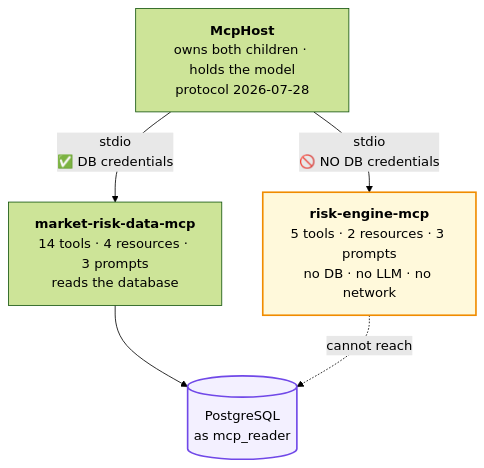
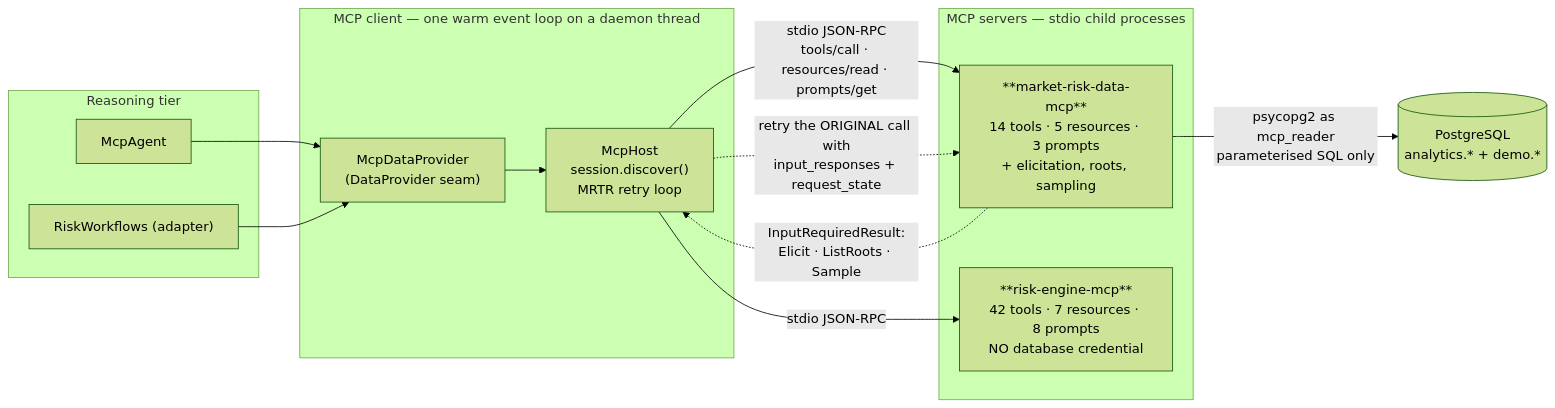
Diagram 19 of 29 in README.md (KrishnaAnnavaram/semantic-mcp-data-access-gateway), drawn with Mermaid (forest theme) before and after one commit. The commit also changed other lines of this file and 4 other files, not shown here.

````diff
--- a/README.md
+++ b/README.md
@@ -478,17 +2527,25 @@
 ```mermaid
-flowchart TB
-    H["<b>McpHost</b><br/>owns both children · holds the model<br/>protocol 2026-07-28"]
-    D["<b>market-risk-data-mcp</b><br/>14 tools · 4 resources · 3 prompts<br/>reads the database"]
-    R["<b>risk-engine-mcp</b><br/>5 tools · 2 resources · 3 prompts<br/>no DB · no LLM · no network"]
-    PG[("PostgreSQL<br/>as mcp_reader")]
+flowchart LR
+    subgraph AGENT["Reasoning tier"]
+        MA["McpAgent"]
+        RW["RiskWorkflows (adapter)"]
+    end
+    subgraph CLIENT["MCP client — one warm event loop on a daemon thread"]
+        DP["McpDataProvider<br/>(DataProvider seam)"]
+        HOST["McpHost<br/>session.discover()<br/>MRTR retry loop"]
+    end
+    subgraph SERVERS["MCP servers — stdio child processes"]
+        DS["**market-risk-data-mcp**<br/>14 tools · 5 resources · 3 prompts<br/>+ elicitation, roots, sampling"]
+        RS["**risk-engine-mcp**<br/>42 tools · 7 resources · 8 prompts<br/>NO database credential"]
+    end
+    PG[("PostgreSQL<br/>analytics.* + demo.*")]
 
-    H -->|"stdio<br/>✅ DB credentials"| D
-    H -->|"stdio<br/>🚫 NO DB credentials"| R
-    D --> PG
-    R -.->|"cannot reach"| PG
-
-    classDef isolated fill:#fff9db,stroke:#f08c00,stroke-width:2px,color:#000
-    classDef store fill:#f3f0ff,stroke:#7048e8,stroke-width:2px,color:#000
-    class R isolated
-    class PG store
+    MA --> DP
+    RW --> DP
+    DP --> HOST
+    HOST -->|"stdio JSON-RPC<br/>tools/call · resources/read · prompts/get"| DS
+    HOST -->|"stdio JSON-RPC"| RS
+    DS -->|"psycopg2 as mcp_reader<br/>parameterised SQL only"| PG
+    DS -.->|"InputRequiredResult:<br/>Elicit · ListRoots · Sample"| HOST
+    HOST -.->|"retry the ORIGINAL call with<br/>input_responses + request_state"| DS
 ```
````
